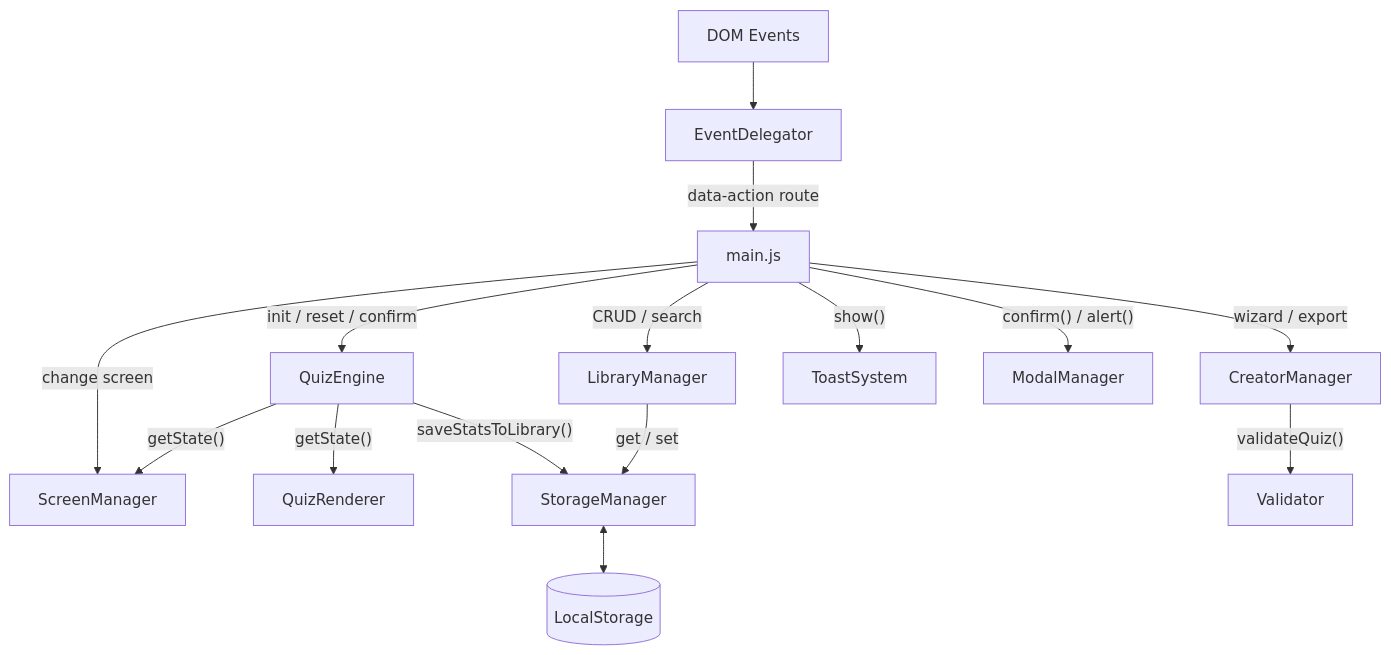
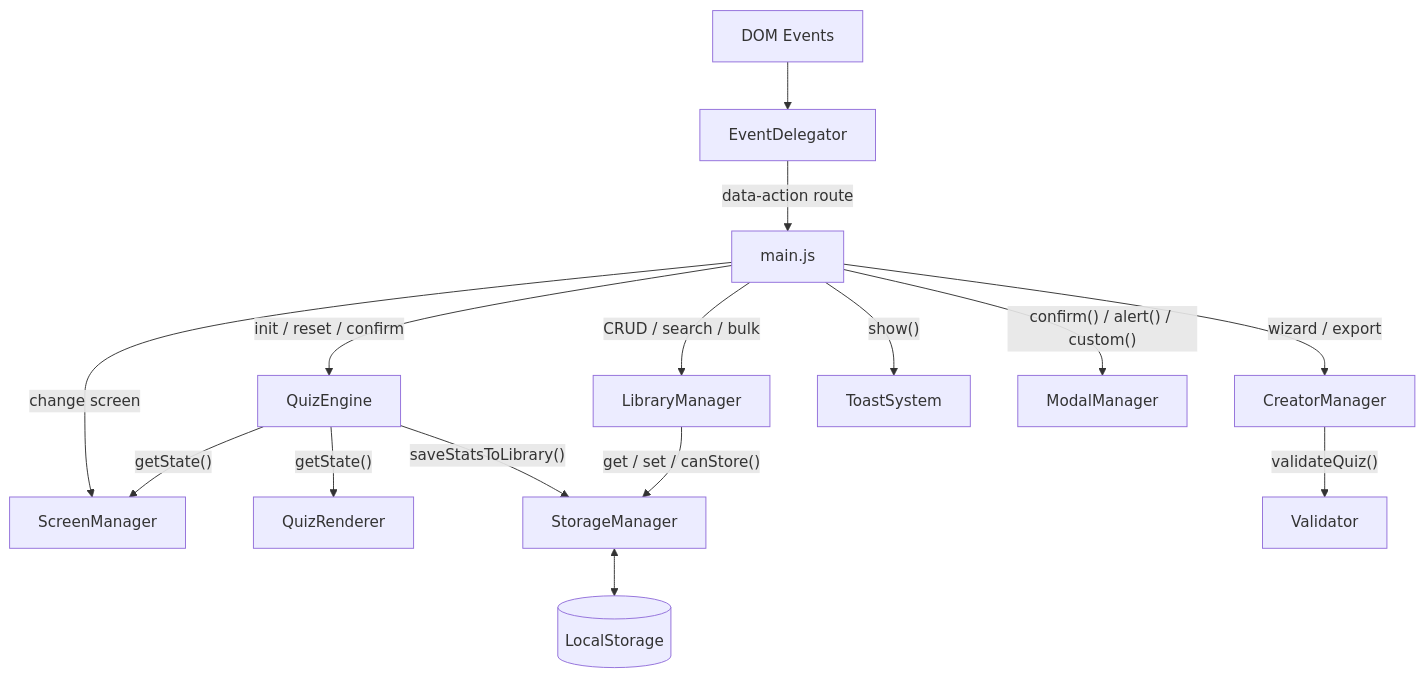
Before and after one commit to DessimA/quizlab: the first of 2 diagrams in README.md, drawn with Mermaid. The commit also changed other lines of this file, not shown here.

````diff
--- a/README.md
+++ b/README.md
@@ -54,23 +54,23 @@
 ```mermaid
 graph TD
     DOM[DOM Events] --> Delegator[EventDelegator]
 
     Delegator -- "data-action route" --> Main[main.js]
 
     Main -- "init / reset / confirm" --> Engine[QuizEngine]
     Main -- "wizard / export" --> Creator[CreatorManager]
-    Main -- "CRUD / search" --> Lib[LibraryManager]
+    Main -- "CRUD / search / bulk" --> Lib[LibraryManager]
     Main -- "change screen" --> Screen[ScreenManager]
 
     Engine -- "getState()" --> Screen
     Engine -- "getState()" --> Renderer[QuizRenderer]
     Engine -- "saveStatsToLibrary()" --> Storage[StorageManager]
 
     Creator -- "validateQuiz()" --> Validator[Validator]
-    Lib -- "get / set" --> Storage
+    Lib -- "get / set / canStore()" --> Storage
 
     Main -- "show()" --> Toast[ToastSystem]
-    Main -- "confirm() / alert()" --> Modal[ModalManager]
+    Main -- "confirm() / alert() / custom()" --> Modal[ModalManager]
 
     Storage <--> LS[(LocalStorage)]
 ```
````
